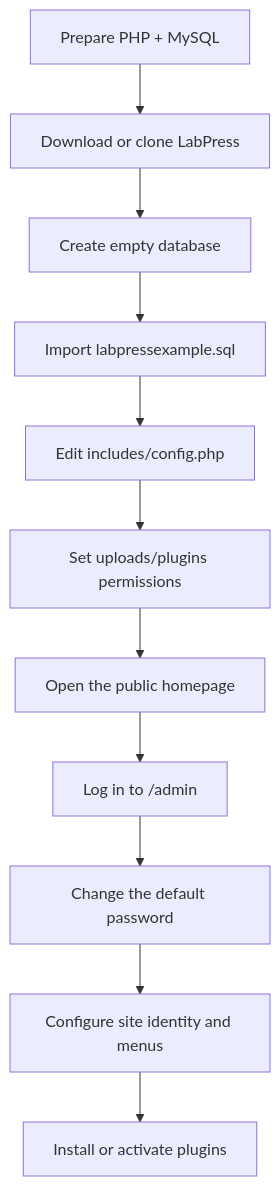
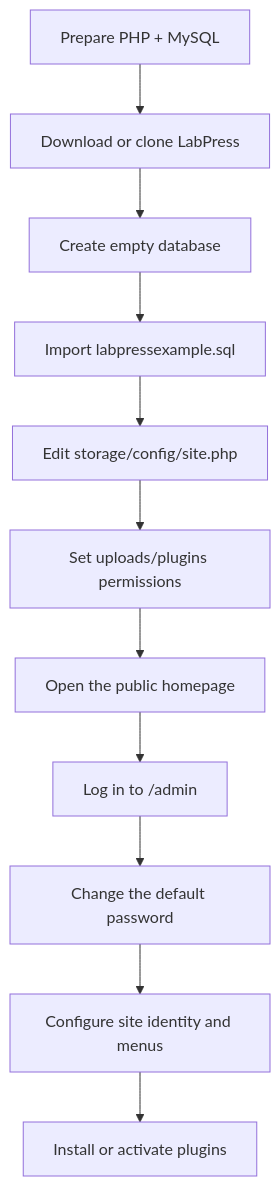
Before and after one commit to GuiHui-huimy/LabPress: the diagram in docs/getting-started/installation.md, drawn with Mermaid. The commit also changed other lines of this file and 50 other files, not shown here.

````diff
--- a/docs/getting-started/installation.md
+++ b/docs/getting-started/installation.md
@@ -20,13 +20,13 @@
 ```mermaid
 flowchart TD
     A[Prepare PHP + MySQL] --> B[Download or clone LabPress]
     B --> C[Create empty database]
     C --> D[Import labpressexample.sql]
-    D --> E[Edit includes/config.php]
+    D --> E[Edit storage/config/site.php]
     E --> F[Set uploads/plugins permissions]
     F --> G[Open the public homepage]
     G --> H[Log in to /admin]
     H --> I[Change the default password]
     I --> J[Configure site identity and menus]
     J --> K[Install or activate plugins]
 ```
````
